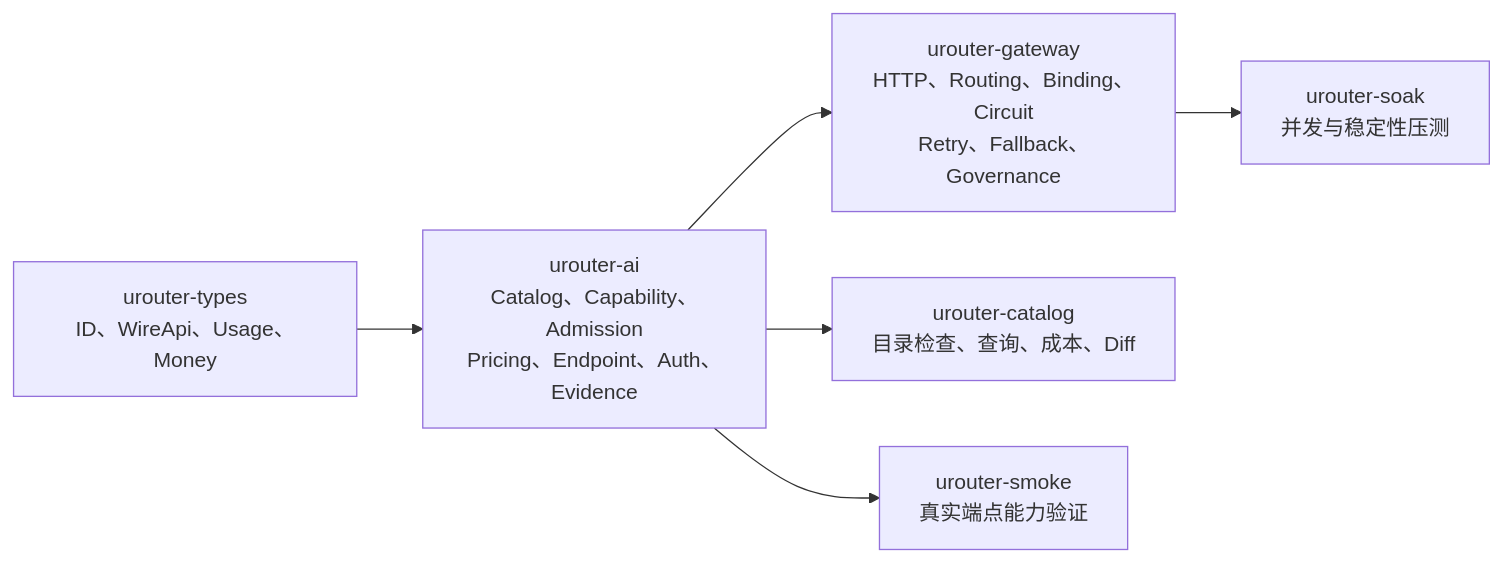
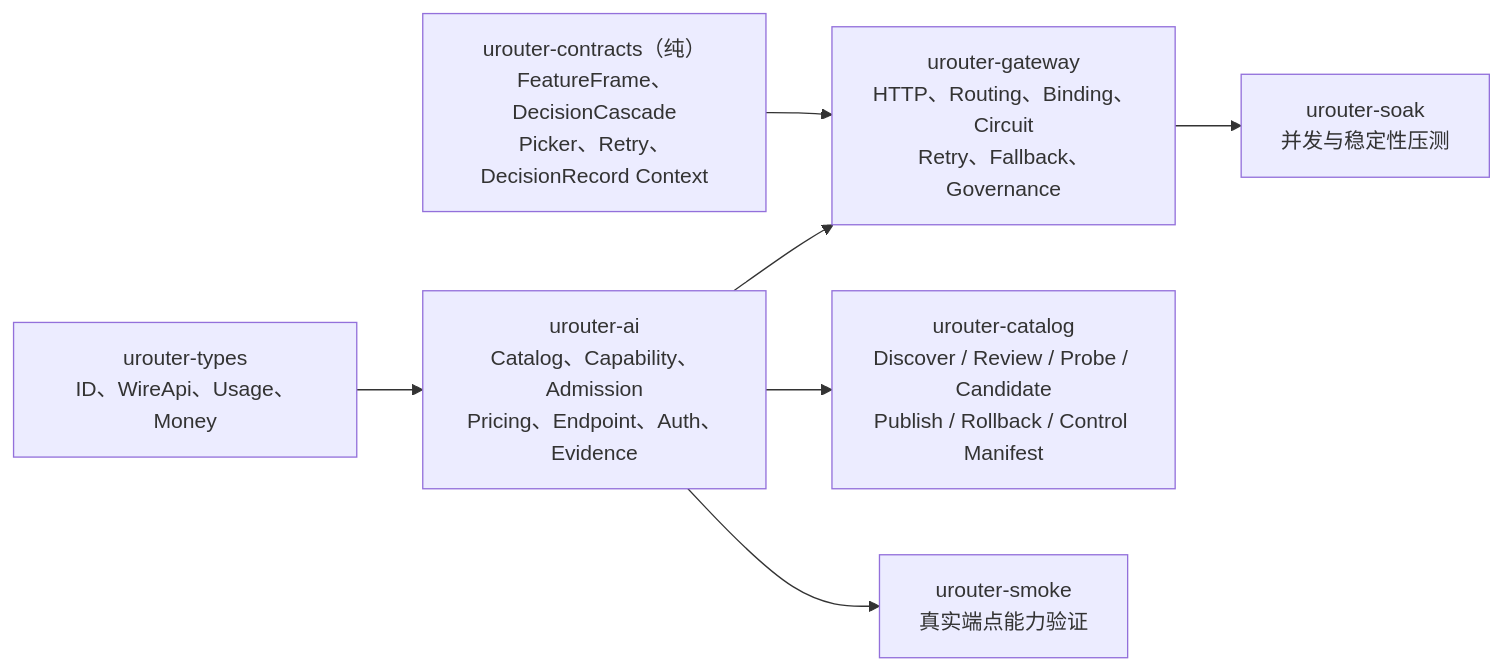
Before and after one commit to WALLE-AI/uRouter: the second of 3 diagrams in uRouter_技术架构流程图.md, drawn with Mermaid. The commit also changed other lines of this file and 88 other files, not shown here.

````diff
--- a/uRouter_技术架构流程图.md
+++ b/uRouter_技术架构流程图.md
@@ -83,14 +96,16 @@
 ```mermaid
 flowchart LR
     Types["urouter-types<br/>ID、WireApi、Usage、Money"]
     AI["urouter-ai<br/>Catalog、Capability、Admission<br/>Pricing、Endpoint、Auth、Evidence"]
+    Contracts["urouter-contracts（纯）<br/>FeatureFrame、DecisionCascade<br/>Picker、Retry、DecisionRecord Context"]
     Gateway["urouter-gateway<br/>HTTP、Routing、Binding、Circuit<br/>Retry、Fallback、Governance"]
-    CatalogCLI["urouter-catalog<br/>目录检查、查询、成本、Diff"]
+    CatalogCLI["urouter-catalog<br/>Discover / Review / Probe / Candidate<br/>Publish / Rollback / Control Manifest"]
     Smoke["urouter-smoke<br/>真实端点能力验证"]
     Soak["urouter-soak<br/>并发与稳定性压测"]
 
     Types --> AI --> Gateway
+    Contracts --> Gateway
     AI --> CatalogCLI
     AI --> Smoke
     Gateway --> Soak
 ```
````
